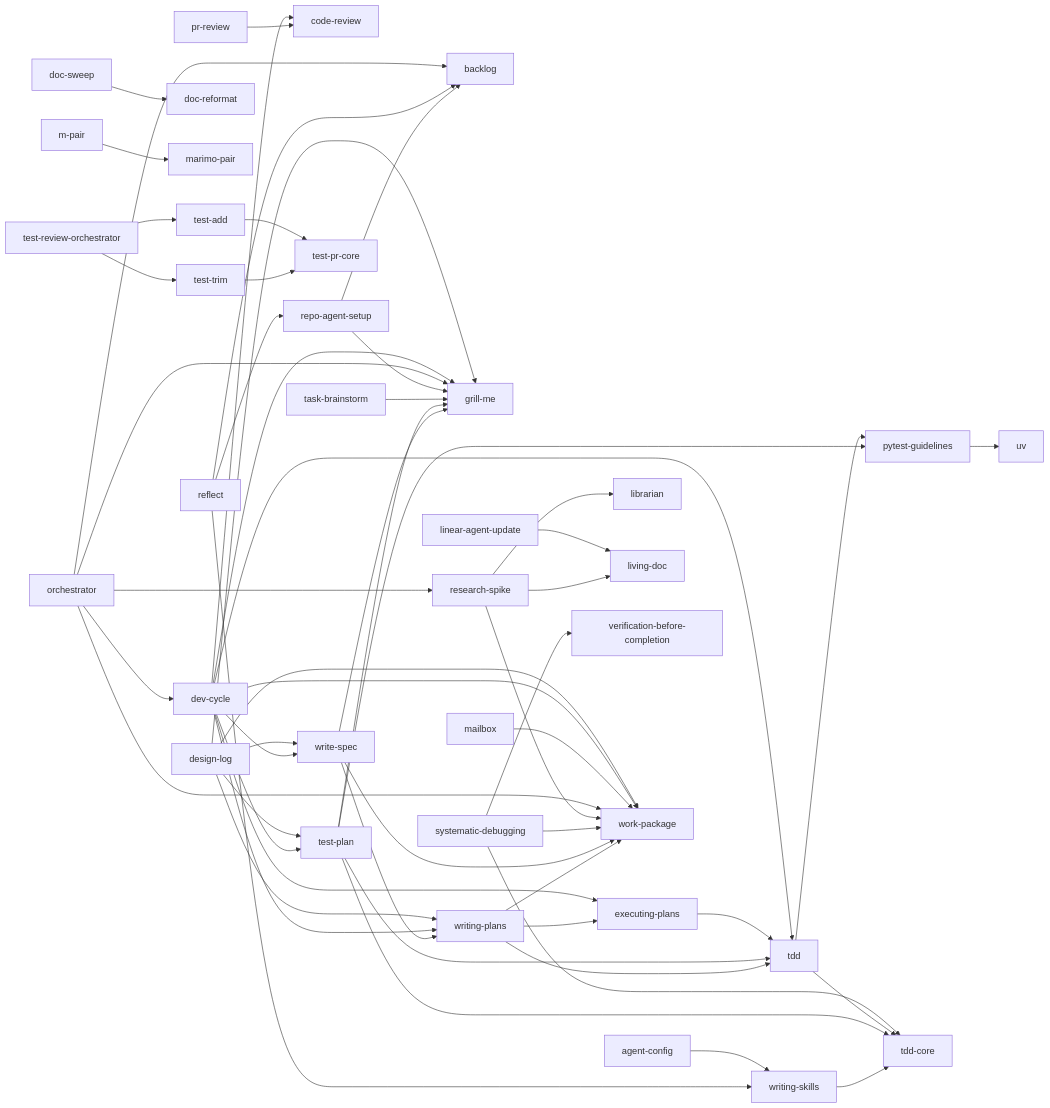
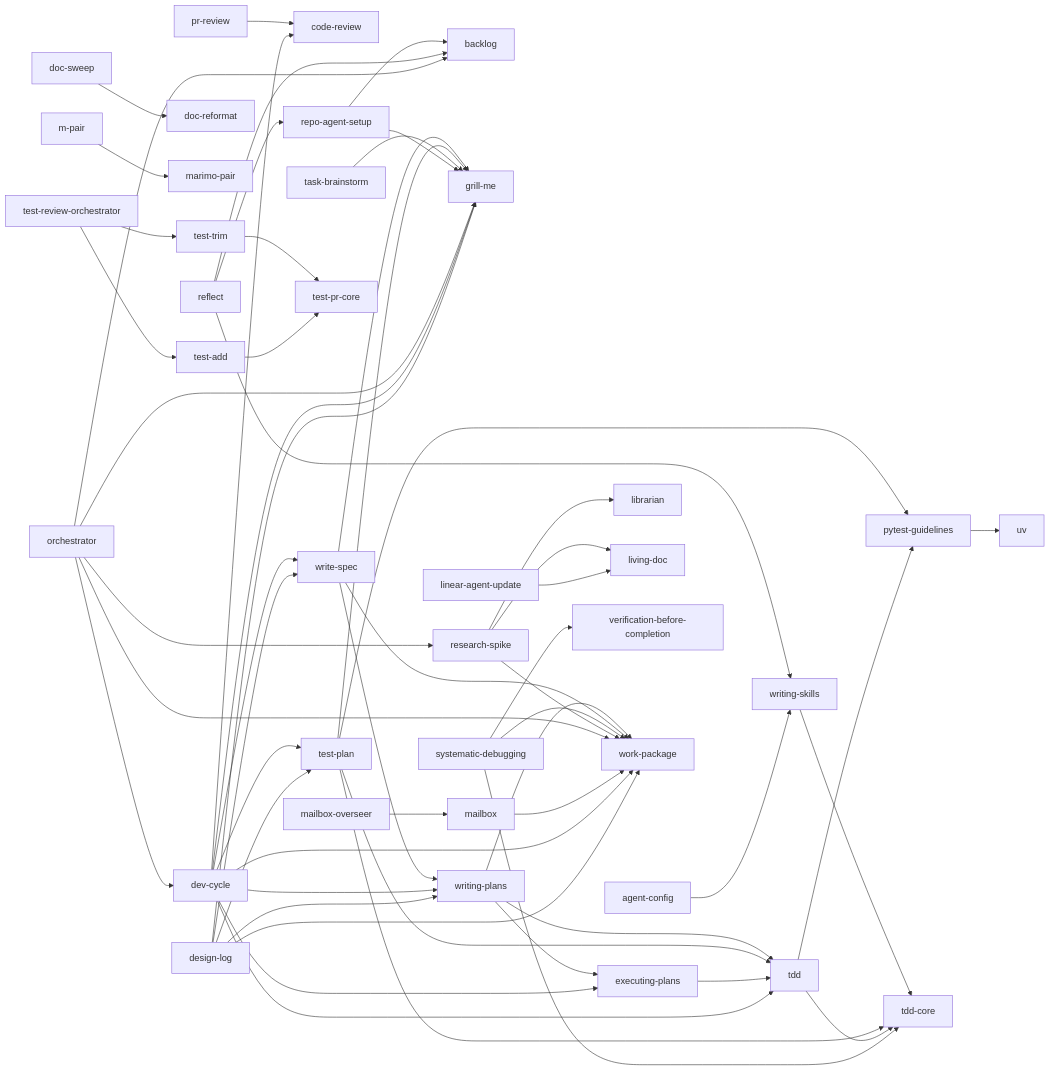
One commit to Haydeni0/agent-config changed the diagram in README.md. Above: the diagram before and after it, drawn with Mermaid. The commit also changed other lines of this file and 1 other file, not shown here.

Commit message:
feat(mailbox-overseer): overseer pattern skill - plan here, worker orchestrator pane executes

```diff
--- a/README.md
+++ b/README.md
@@ -170,6 +171,7 @@
     living_doc[living-doc]
     m_pair[m-pair]
     mailbox[mailbox]
+    mailbox_overseer[mailbox-overseer]
     %% marimo_notebook[marimo-notebook]
     marimo_pair[marimo-pair]
     %% mcp_headless_oauth[mcp-headless-oauth]
@@ -226,6 +228,7 @@
     linear_agent_update --> living_doc
     m_pair --> marimo_pair
     mailbox --> work_package
+    mailbox_overseer --> mailbox
     orchestrator --> grill_me
     orchestrator --> backlog
     orchestrator --> dev_cycle
```
